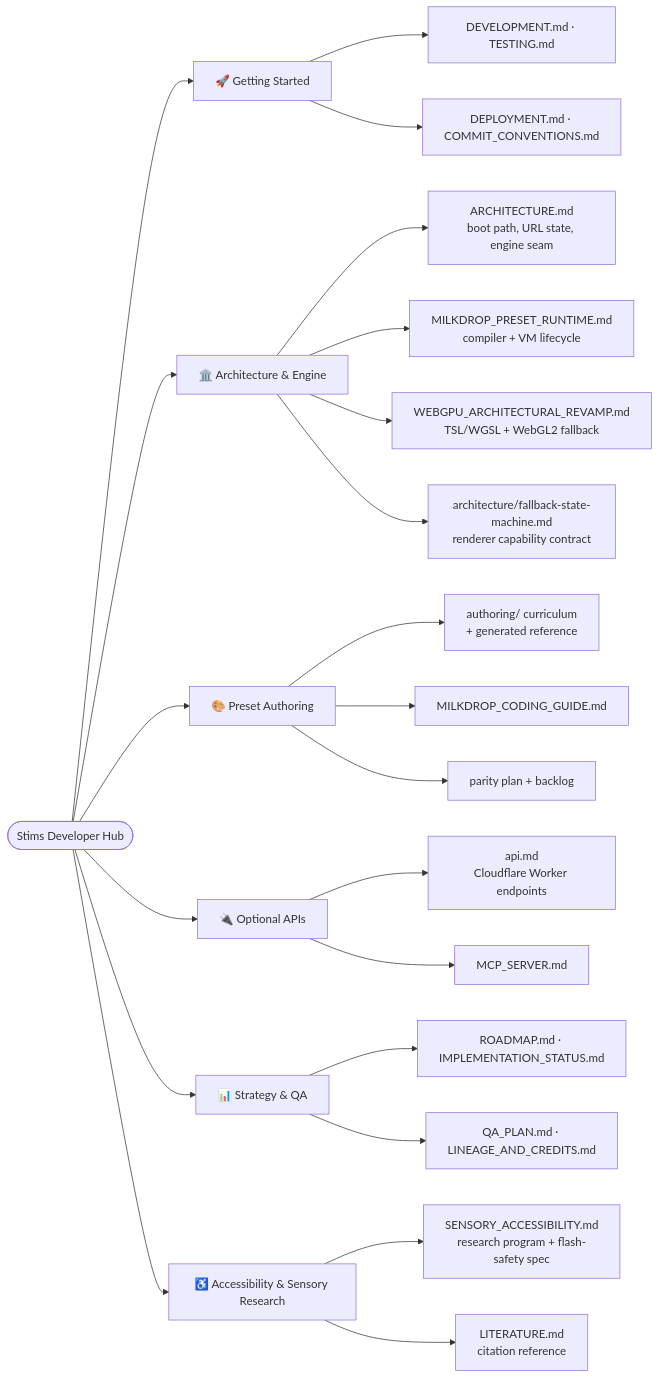
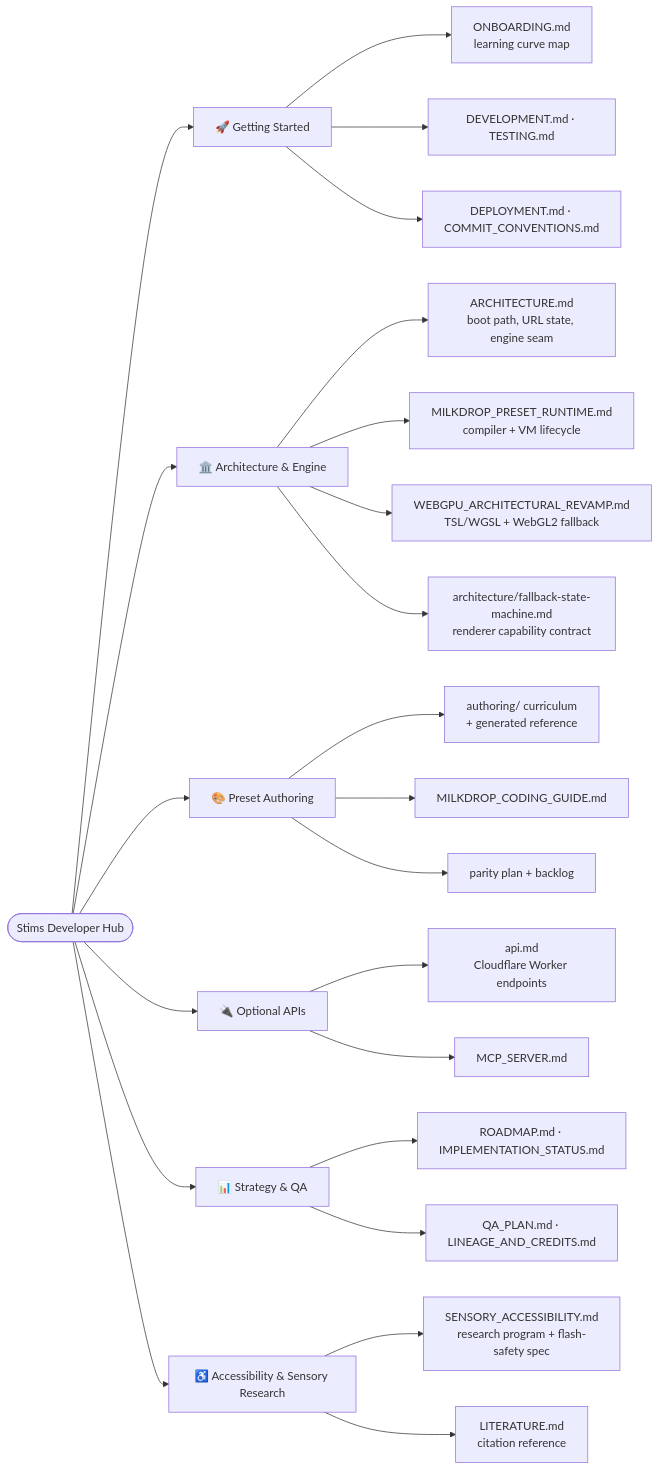
Before and after one commit to zz-plant/stims: the diagram in docs/README.md, drawn with Mermaid. The commit also changed other lines of this file and 2 other files, not shown here.

Commit message:
docs: add onboarding map of the repo's learning curve
CONTRIBUTING.md covers setup and DEVELOPMENT.md indexes commands, but
nothing told a newcomer which parts of the codebase are actually hard,
why, or what order to meet them in. That gap costs the most in one
specific way: people open compiler/ or feedback-manager-webgpu-* before
they know the parity instruments exist, and try to unit-test their way
through fidelity bugs whose ground truth lives outside the repo.

docs/ONBOARDING.md maps the difficulty instead of the surface area:
the four deep-end areas (EEL2 compiler, dual-backend pixel parity, the
capture-and-diff parity culture, and choosing among 131 scripts), the
middle tier (runtime lifecycle, engine seam, audio, the 25 check:*
guards), and an explicit list of what is genuinely easy so the hard
parts do not read as the whole repo. Ends with a staged learning order
that puts the lab:/parity: instruments in a contributor's hands before
the compiler does.

Wired into docs/README.md (canonical index, per DOCS_MAINTENANCE.md)
and CONTRIBUTING.md's "Where to look first".

Claude-Session: https://claude.ai/code/session_01S7wixhXoRvPMSbJKdMhUkp

````diff
--- a/docs/README.md
+++ b/docs/README.md
@@ -11,32 +11,33 @@
 ```mermaid
 flowchart LR
   Start(["Stims Developer Hub"])
 
   Start --> GS["🚀 Getting Started"]
   Start --> Arch["🏛️ Architecture & Engine"]
   Start --> Preset["🎨 Preset Authoring"]
   Start --> API["🔌 Optional APIs"]
   Start --> Strat["📊 Strategy & QA"]
   Start --> Access["♿ Accessibility & Sensory Research"]
 
+  GS --> GS0["ONBOARDING.md<br/>learning curve map"]
   GS --> GS1["DEVELOPMENT.md · TESTING.md"]
   GS --> GS2["DEPLOYMENT.md · COMMIT_CONVENTIONS.md"]
 
   Arch --> A1["ARCHITECTURE.md<br/>boot path, URL state, engine seam"]
   Arch --> A2["MILKDROP_PRESET_RUNTIME.md<br/>compiler + VM lifecycle"]
   Arch --> A3["WEBGPU_ARCHITECTURAL_REVAMP.md<br/>TSL/WGSL + WebGL2 fallback"]
   Arch --> A4["architecture/fallback-state-machine.md<br/>renderer capability contract"]
 
   Preset --> P0["authoring/ curriculum<br/>+ generated reference"]
   Preset --> P1["MILKDROP_CODING_GUIDE.md"]
   Preset --> P2["parity plan + backlog"]
 
   API --> E1["api.md<br/>Cloudflare Worker endpoints"]
   API --> E2["MCP_SERVER.md"]
 
   Access --> AC1["SENSORY_ACCESSIBILITY.md<br/>research program + flash-safety spec"]
   Access --> AC2["LITERATURE.md<br/>citation reference"]
 
   Strat --> S1["ROADMAP.md · IMPLEMENTATION_STATUS.md"]
   Strat --> S2["QA_PLAN.md · LINEAGE_AND_CREDITS.md"]
 ```
````
